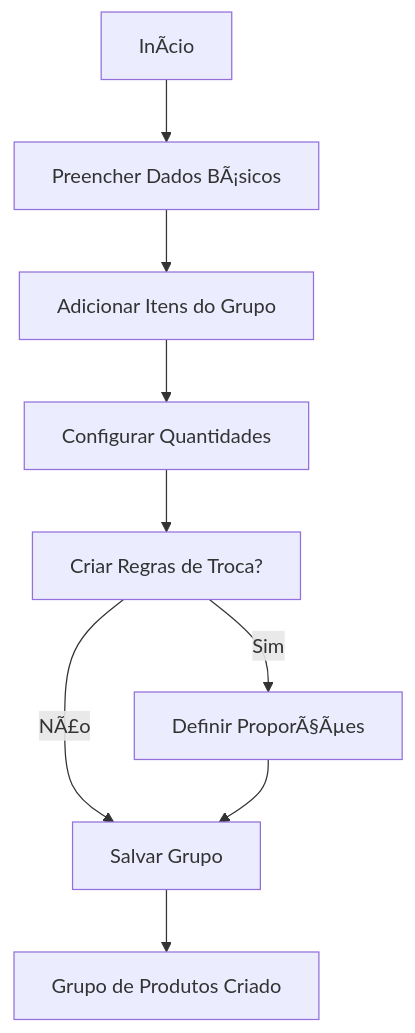
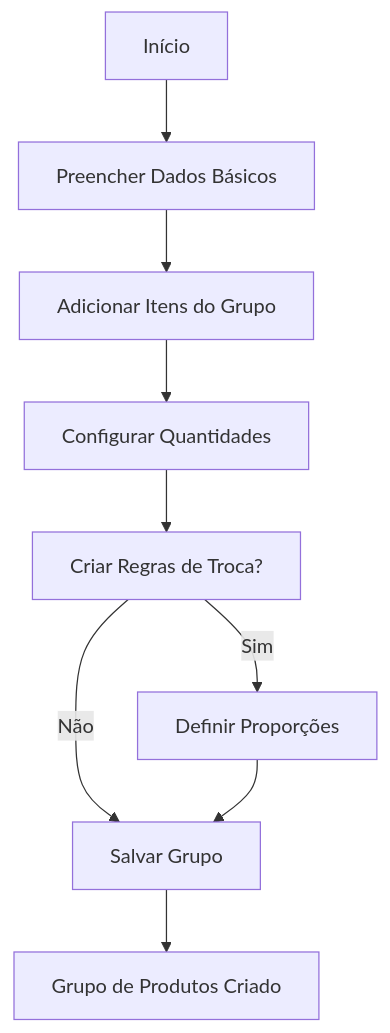
The third of 5 diagrams in GesN.Web/Context/DOMAIN CONTEXTS/README.md (igor-spalenza/GesN), drawn with Mermaid before and after one commit. The commit also changed other lines of this file and 10 other files, not shown here.

````diff
--- a/GesN.Web/Context/DOMAIN CONTEXTS/README.md
+++ b/GesN.Web/Context/DOMAIN CONTEXTS/README.md
@@ -416,11 +416,11 @@
 ```mermaid
 graph TD
-    A[InÃ­cio] --> B[Preencher Dados BÃ¡sicos]
+    A[Início] --> B[Preencher Dados Básicos]
     B --> C[Adicionar Itens do Grupo]
     C --> D[Configurar Quantidades]
     D --> E[Criar Regras de Troca?]
-    E -->|Sim| F[Definir ProporÃ§Ãµes]
-    E -->|NÃ£o| G[Salvar Grupo]
+    E -->|Sim| F[Definir Proporções]
+    E -->|Não| G[Salvar Grupo]
     F --> G
     G --> H[Grupo de Produtos Criado]
 ```
````
